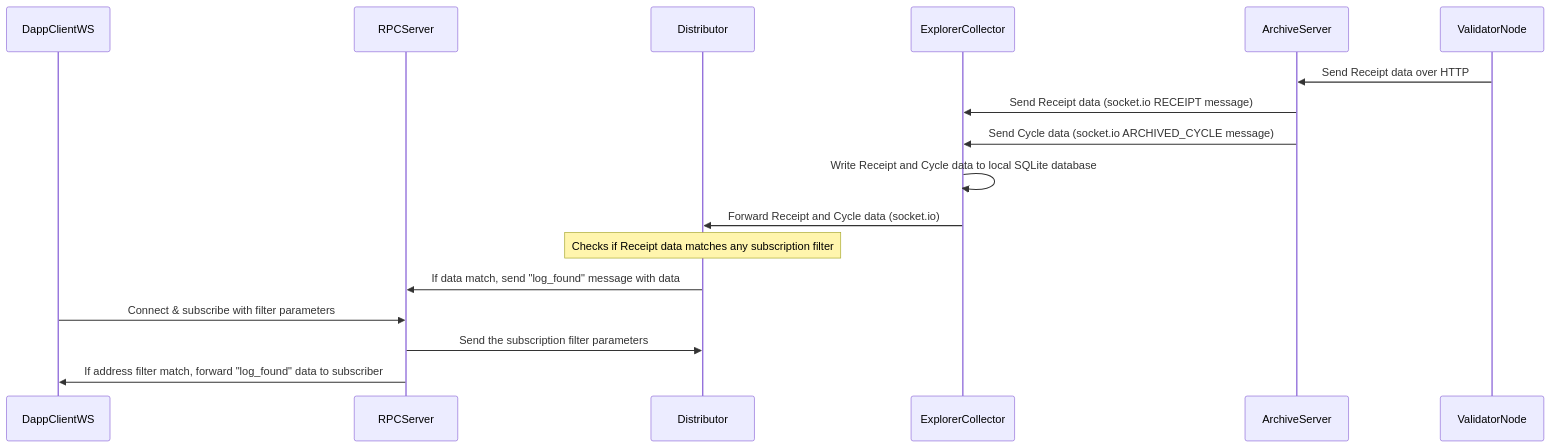
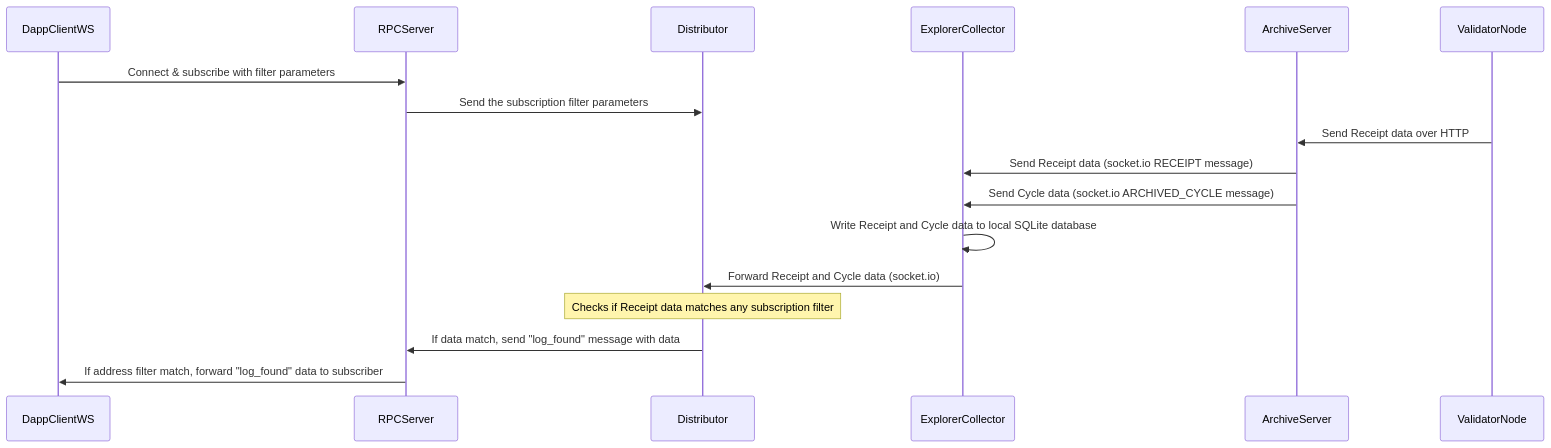
One commit to shardeum/explorer-server changed the second of 2 diagrams in DistributorUpgrade.md. Above: the diagram before and after it, drawn with Mermaid. The commit also changed other lines of this file, not shown here.

Commit message:
update sequence diagrams for clarity

````diff
--- a/DistributorUpgrade.md
+++ b/DistributorUpgrade.md
@@ -112,23 +113,24 @@
 ```mermaid
 sequenceDiagram
     participant DappClientWS
     participant RPCServer
     participant Distributor
     participant ExplorerCollector
     participant ArchiveServer
     participant ValidatorNode
+
+    DappClientWS->>RPCServer: Connect & subscribe with filter parameters
+    RPCServer->>Distributor: Send the subscription filter parameters
 
     ValidatorNode->>ArchiveServer: Send Receipt data over HTTP
     ArchiveServer->>ExplorerCollector: Send Receipt data (socket.io RECEIPT message)
     ArchiveServer->>ExplorerCollector: Send Cycle data (socket.io ARCHIVED_CYCLE message)
     ExplorerCollector->>ExplorerCollector: Write Receipt and Cycle data to local SQLite database
     ExplorerCollector->>Distributor: Forward Receipt and Cycle data (socket.io)
 
     Note over Distributor: Checks if Receipt data matches any subscription filter
     Distributor->>RPCServer: If data match, send "log_found" message with data
 
-    DappClientWS->>RPCServer: Connect & subscribe with filter parameters
-    RPCServer->>Distributor: Send the subscription filter parameters
     RPCServer->>DappClientWS: If address filter match, forward "log_found" data to subscriber
 
 ```
````
